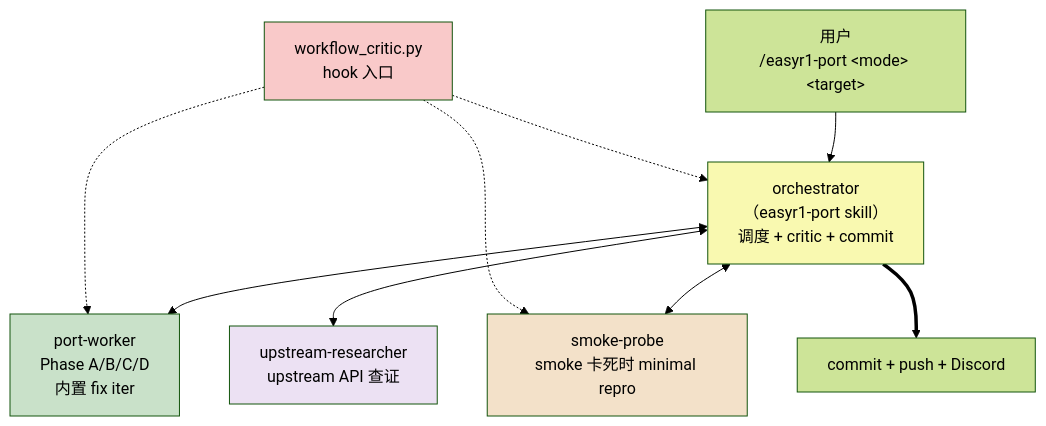
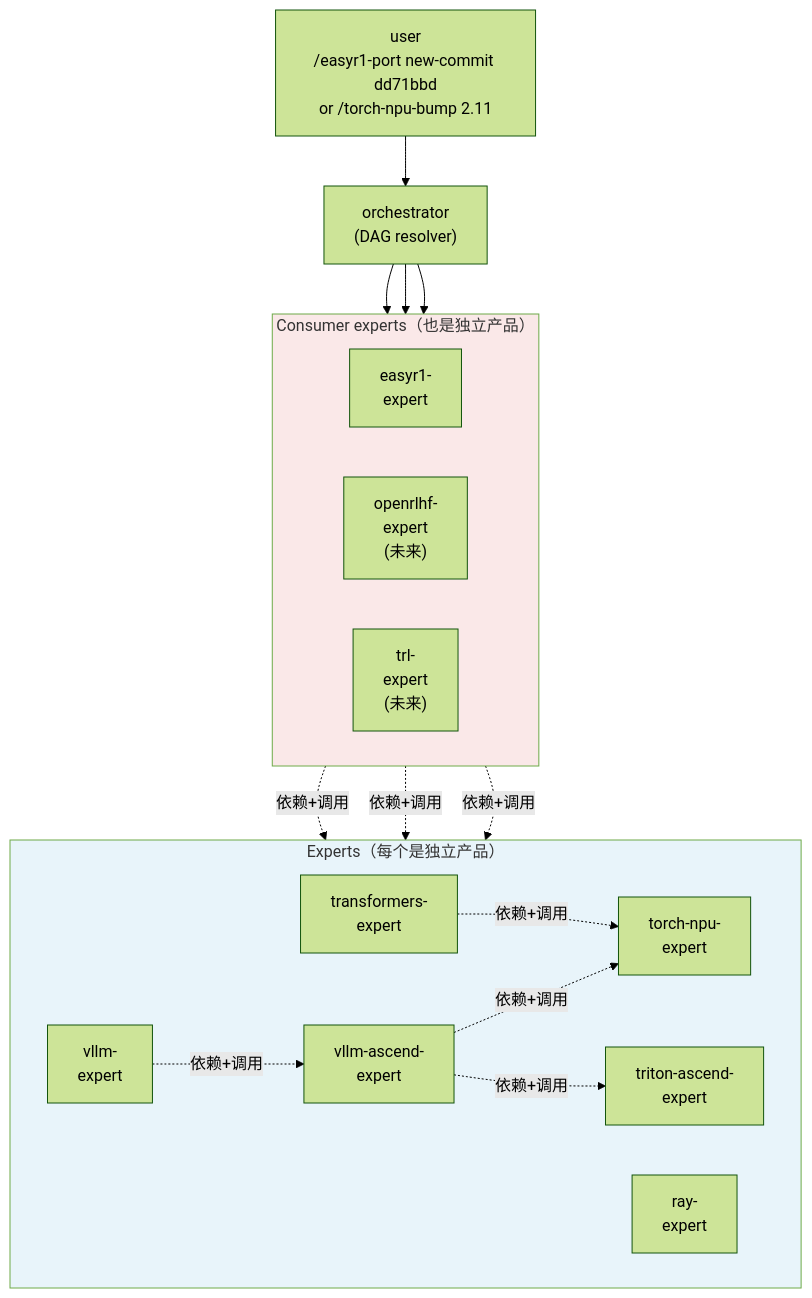
Before and after one commit to zhshgmail/easyr1-npu: the first of 2 diagrams in docs/design/SKILLS_ARCH_TARGET.md, drawn with Mermaid (forest theme). The commit also changed other lines of this file, not shown here.

````diff
--- a/docs/design/SKILLS_ARCH_TARGET.md
+++ b/docs/design/SKILLS_ARCH_TARGET.md
@@ -102,26 +92,38 @@
 ```mermaid
-flowchart TD
-    User["用户<br/>/easyr1-port &lt;mode&gt; &lt;target&gt;"]
-    Orch["orchestrator<br/>（easyr1-port skill）<br/>调度 + critic + commit"]
+flowchart TB
+    User["user<br/>/easyr1-port new-commit dd71bbd<br/>or /torch-npu-bump 2.11"]
+    Orch["orchestrator<br/>(DAG resolver)"]
 
-    Worker["port-worker<br/>Phase A/B/C/D<br/>内置 fix iter"]
-    Probe["smoke-probe<br/>smoke 卡死时 minimal repro"]
-    Research["upstream-researcher<br/>upstream API 查证"]
-    Critic["workflow_critic.py<br/>hook 入口"]
+    subgraph Experts[Experts（每个是独立产品）]
+        direction LR
+        TNE["torch-npu-<br/>expert"]
+        VAE["vllm-ascend-<br/>expert"]
+        TAE["triton-ascend-<br/>expert"]
+        TFE["transformers-<br/>expert"]
+        VLE["vllm-<br/>expert"]
+        RYE["ray-<br/>expert"]
+    end
+
+    subgraph Consumers[Consumer experts（也是独立产品）]
+        direction LR
+        ERE["easyr1-<br/>expert"]
+        ORE["openrlhf-<br/>expert<br/>(未来)"]
+        TRE["trl-<br/>expert<br/>(未来)"]
+    end
 
     User --> Orch
-    Orch <--> Worker
-    Orch <--> Probe
-    Orch <--> Research
-    Critic -.-> Orch
-    Critic -.-> Worker
-    Critic -.-> Probe
+    Orch --> ERE
+    Orch --> ORE
+    Orch --> TRE
 
-    Orch ==> Done["commit + push + Discord"]
+    ERE -.依赖+调用.-> VLE
+    ERE -.依赖+调用.-> TFE
+    ERE -.依赖+调用.-> RYE
+    VLE -.依赖+调用.-> VAE
+    VAE -.依赖+调用.-> TNE
+    VAE -.依赖+调用.-> TAE
+    TFE -.依赖+调用.-> TNE
 
-    style Worker fill:#c9e1c9
-    style Probe fill:#f3e1c9
-    style Research fill:#ece1f3
-    style Critic fill:#f9c9c9
-    style Orch fill:#f9f9b0
+    style Experts fill:#e8f4fa
+    style Consumers fill:#fae8e8
 ```
````
